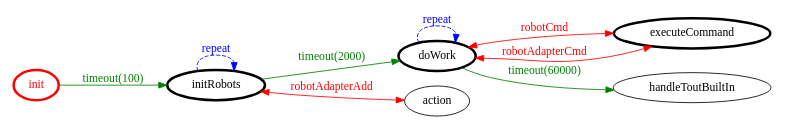
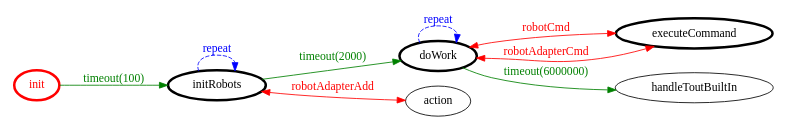
Before and after one commit to NiccoMlt/ISS-2018-Final-Task: the diagram in project/srcMore/it/unibo/robot_adapter/robot_adapter.gv, drawn with Graphviz. The commit also changed 30 other files, not shown here.

```diff
--- a/project/srcMore/it/unibo/robot_adapter/robot_adapter.gv
+++ b/project/srcMore/it/unibo/robot_adapter/robot_adapter.gv
@@ -1,25 +1,25 @@
 /*
 *
 * A GraphViz DOT FSM description 
 * Please use a GraphViz visualizer (like http://www.webgraphviz.com)
 *  
 */
 
 digraph finite_state_machine {
 	rankdir=LR
 	size="8,5"
 	
 	init [ color = red ][ fontcolor = red ][ penwidth = 3 ]
 	initRobots [ color = black ][ fontcolor = black ][ penwidth = 3 ]
 	doWork [ color = black ][ fontcolor = black ][ penwidth = 3 ]
 	executeCommand [ color = black ][ fontcolor = black ][ penwidth = 3 ]
 	
 	doWork -> executeCommand [ label = "robotCmd" ][ color = red ][ fontcolor = red ][ dir = both ]
+	doWork -> handleToutBuiltIn [ label = "timeout(6000000)" ][ color = green ][ fontcolor = green ]
 	doWork -> executeCommand [ label = "robotAdapterCmd" ][ color = red ][ fontcolor = red ][ dir = both ]
-	doWork -> handleToutBuiltIn [ label = "timeout(60000)" ][ color = green ][ fontcolor = green ]
 	initRobots -> doWork [ label = "timeout(2000)" ][ color = green ][ fontcolor = green ]
 	initRobots -> action [ label = "robotAdapterAdd" ][ color = red ][ fontcolor = red ][ dir = both ]
 	initRobots -> initRobots [ label = "repeat "][ style = dashed ][ color = blue ][ fontcolor = blue ]
 	doWork -> doWork [ label = "repeat "][ style = dashed ][ color = blue ][ fontcolor = blue ]
 	init -> initRobots [ label = "timeout(100)" ][ color = green ][ fontcolor = green ]
 }
```
